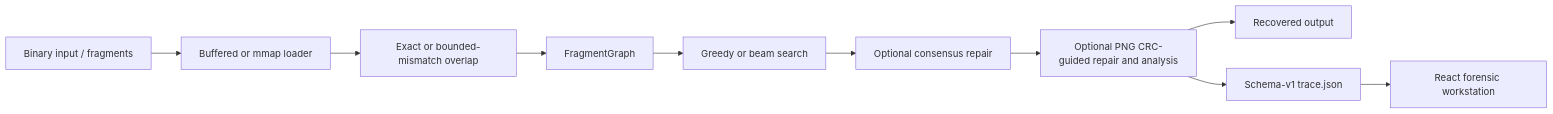
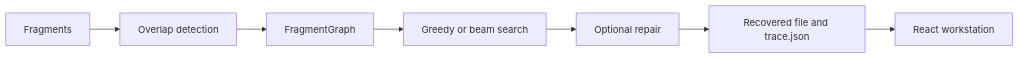
The diagram in README.md (bhumi6633/ShardRecover), drawn with Mermaid before and after one commit. The commit also changed other lines of this file, not shown here.

````diff
--- a/README.md
+++ b/README.md
@@ -11,12 +7,9 @@
 ```mermaid
 flowchart LR
-  A[Binary input / fragments] --> B[Buffered or mmap loader]
-  B --> C[Exact or bounded-mismatch overlap]
-  C --> D[FragmentGraph]
-  D --> E[Greedy or beam search]
-  E --> F[Optional consensus repair]
-  F --> G[Optional PNG CRC-guided repair and analysis]
-  G --> H[Recovered output]
-  G --> I[Schema-v1 trace.json]
-  I --> J[React forensic workstation]
+    A[Fragments] --> B[Overlap detection]
+    B --> C[FragmentGraph]
+    C --> D[Greedy or beam search]
+    D --> E[Optional repair]
+    E --> F[Recovered file and trace.json]
+    F --> G[React workstation]
 ```
````
